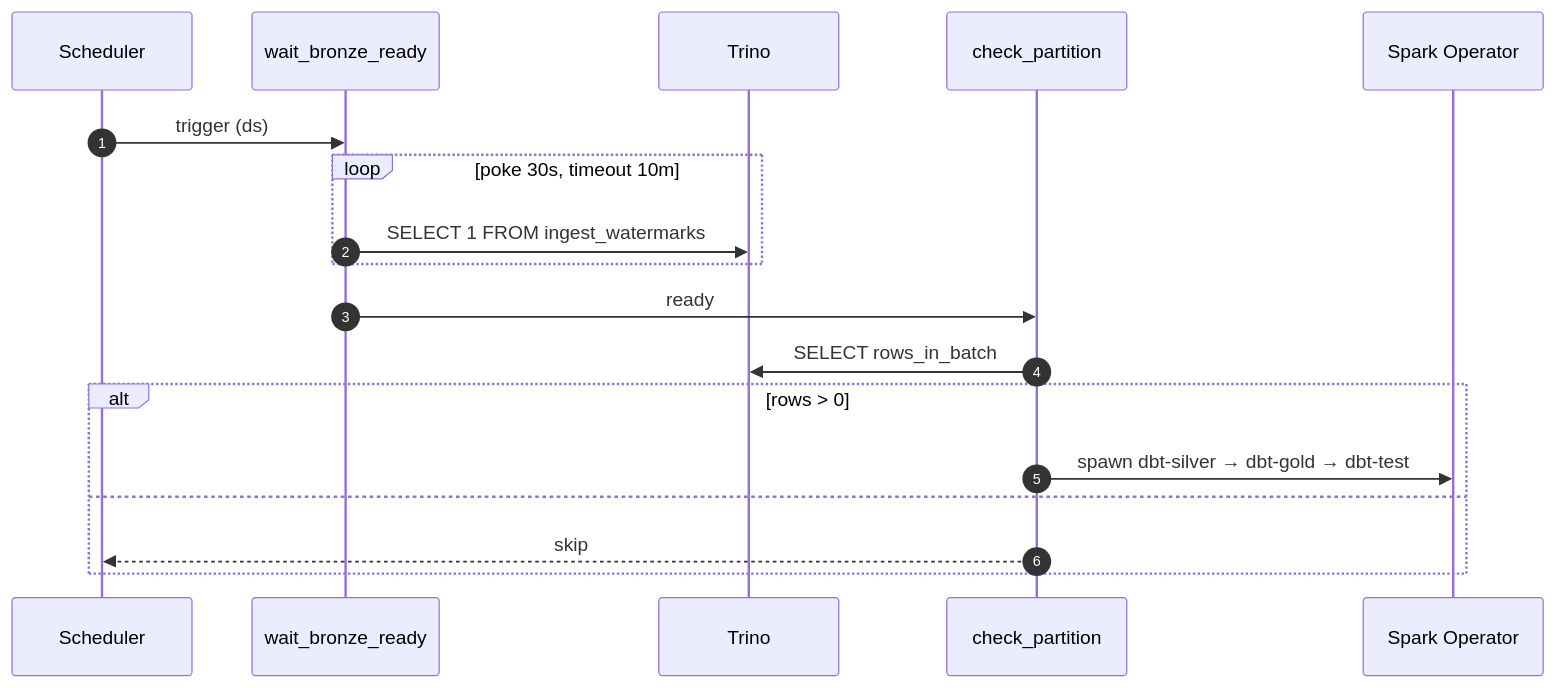
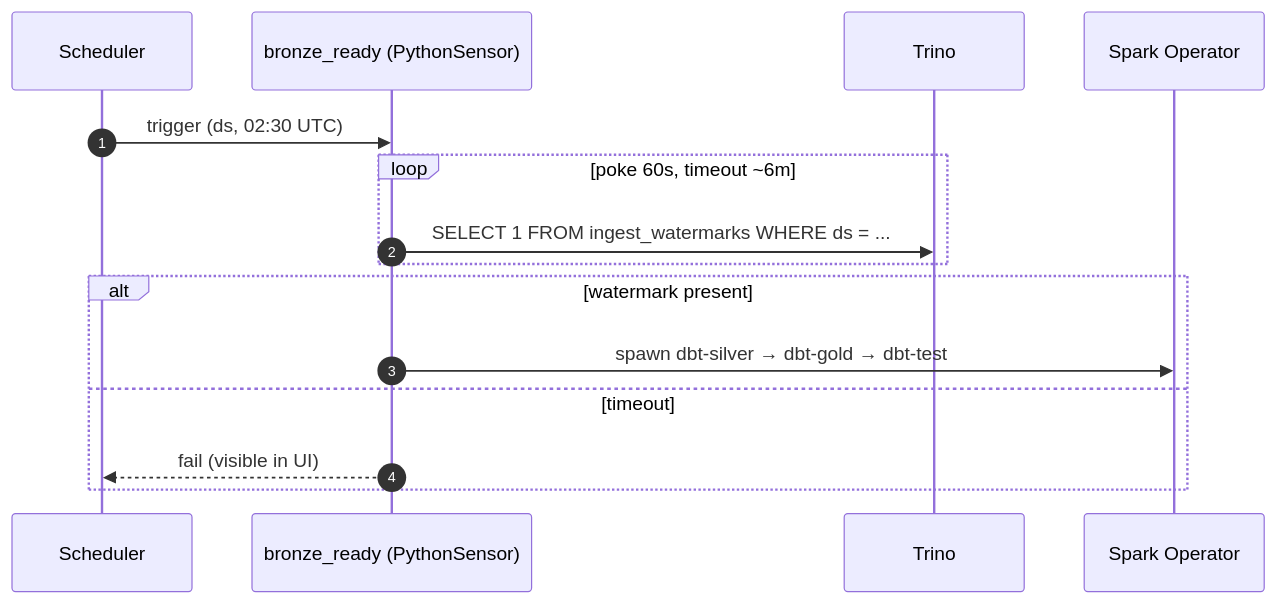
Before and after one commit to Alexey-Samodurov/newprolab-de-lab08: the eighth of 9 diagrams in docs/01-detailed-architecture.md, drawn with Mermaid. The commit also changed other lines of this file and 33 other files, not shown here.

````diff
--- a/docs/01-detailed-architecture.md
+++ b/docs/01-detailed-architecture.md
@@ -252,21 +280,18 @@
 ```mermaid
 sequenceDiagram
     autonumber
     participant Cron as Scheduler
-    participant S as wait_bronze_ready
+    participant S as bronze_ready (PythonSensor)
     participant T as Trino
-    participant SC as check_partition
     participant SO as Spark Operator
 
-    Cron->>S: trigger (ds)
-    loop poke 30s, timeout 10m
-        S->>T: SELECT 1 FROM ingest_watermarks
+    Cron->>S: trigger (ds, 02:30 UTC)
+    loop poke 60s, timeout ~6m
+        S->>T: SELECT 1 FROM ingest_watermarks WHERE ds = ...
     end
-    S->>SC: ready
-    SC->>T: SELECT rows_in_batch
-    alt rows > 0
-        SC->>SO: spawn dbt-silver → dbt-gold → dbt-test
-    else
-        SC-->>Cron: skip
+    alt watermark present
+        S->>SO: spawn dbt-silver → dbt-gold → dbt-test
+    else timeout
+        S-->>Cron: fail (visible in UI)
     end
 ```
````
